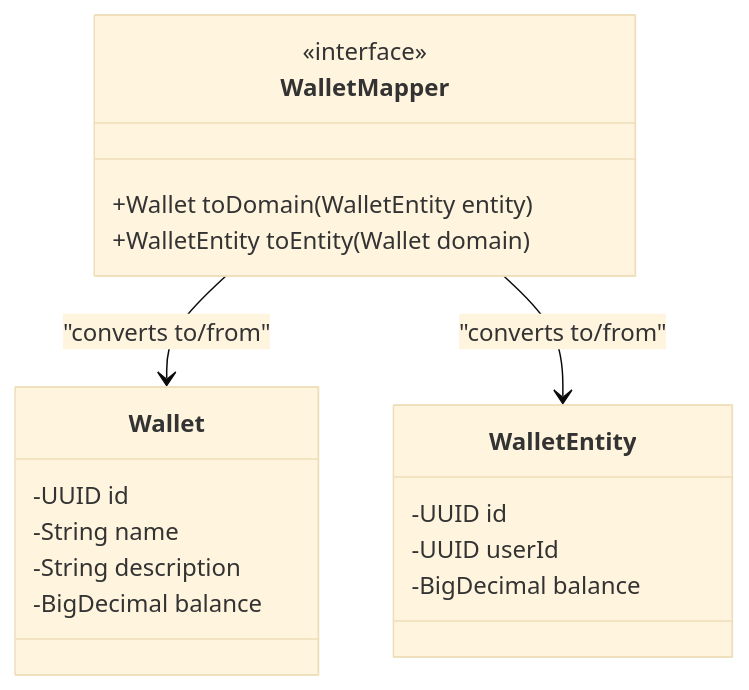
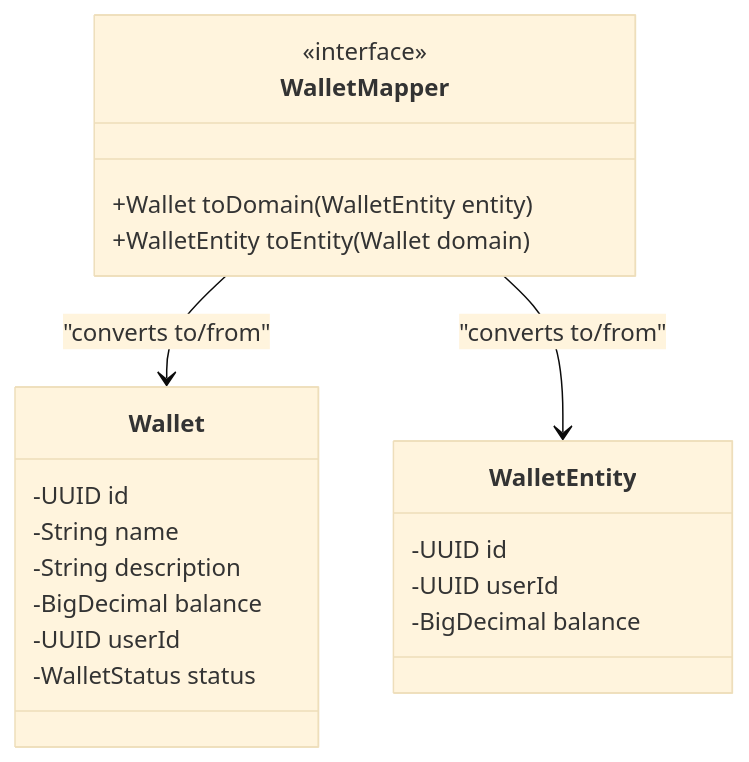
Before and after one commit to italoag/wallet: the fifth of 10 diagrams in .qoder/repowiki/en/content/Persistence Layer/Repository Pattern Implementation.md, drawn with Mermaid (base theme). The commit also changed other lines of this file and 11 other files, not shown here.

````diff
--- a/.qoder/repowiki/en/content/Persistence Layer/Repository Pattern Implementation.md
+++ b/.qoder/repowiki/en/content/Persistence Layer/Repository Pattern Implementation.md
@@ -165,21 +173,23 @@
 ```mermaid
 classDiagram
 class WalletMapper {
 <<interface>>
 +Wallet toDomain(WalletEntity entity)
 +WalletEntity toEntity(Wallet domain)
 }
 class Wallet {
 -UUID id
 -String name
 -String description
 -BigDecimal balance
+-UUID userId
+-WalletStatus status
 }
 class WalletEntity {
 -UUID id
 -UUID userId
 -BigDecimal balance
 }
 WalletMapper --> Wallet : "converts to/from"
 WalletMapper --> WalletEntity : "converts to/from"
 ```
````
